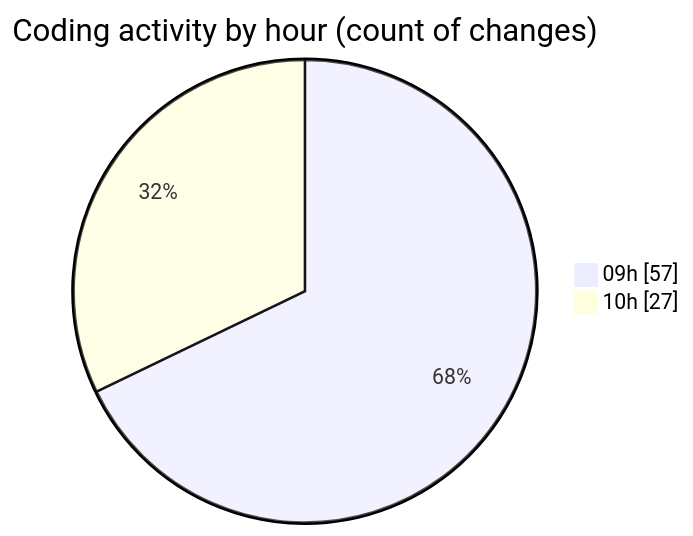
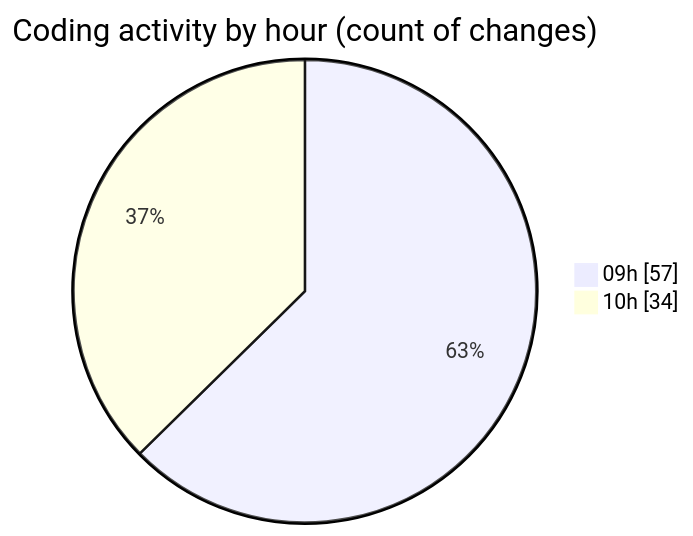
The second of 2 diagrams in 2025-09-19/cda/README.md (momahboobian/code-tracking), drawn with Mermaid before and after one commit. The commit also changed other lines of this file and 1 other file, not shown here.

````diff
--- a/2025-09-19/cda/README.md
+++ b/2025-09-19/cda/README.md
@@ -30,6 +30,6 @@
 ```mermaid
 pie showData
 title Coding activity by hour (count of changes)
 "09h" : 57
-"10h" : 27
+"10h" : 34
 ```
````
